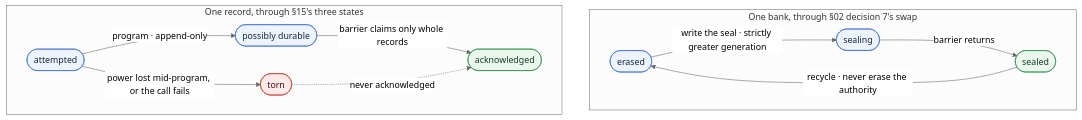
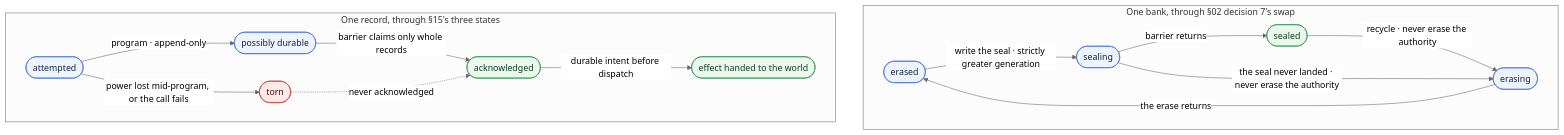
The ninth of 9 diagrams in docs/architecture.md (madmax983/waymaker), drawn with Mermaid (neutral theme) before and after one commit. The commit also changed other lines of this file and 19 other files, not shown here.

````diff
--- a/docs/architecture.md
+++ b/docs/architecture.md
@@ -435,33 +440,37 @@
 ```mermaid
 flowchart LR
   subgraph records ["One record, through §15's three states"]
     direction LR
     r0(["attempted"])
     r1(["possibly durable"])
     r2(["acknowledged"])
     rt(["torn"])
     r0 -- "program · append-only" --> r1
     r1 -- "barrier claims only whole records" --> r2
     r0 -- "power lost mid-program, or the call fails" --> rt
     rt -. "never acknowledged" .-> r2
+    r2 -- "durable intent before dispatch" --> eff(["effect handed to the world"])
   end
 
   subgraph banks ["One bank, through §02 decision 7's swap"]
     direction LR
     b0(["erased"])
     b1(["sealing"])
     b2(["sealed"])
+    be(["erasing"])
     b0 -- "write the seal · strictly greater generation" --> b1
     b1 -- "barrier returns" --> b2
-    b2 -- "recycle · never erase the authority" --> b0
+    b2 -- "recycle · never erase the authority" --> be
+    b1 -- "the seal never landed · never erase the authority" --> be
+    be -- "the erase returns" --> b0
   end
 
   records ~~~ banks
 
   classDef live fill:#eef4ff,stroke:#3b6fd4,color:#12233f;
   classDef done fill:#e9f7ec,stroke:#2f8f4e,color:#123f22;
   classDef bad fill:#ffe9e9,stroke:#c0392b,color:#3f1212;
-  class r0,r1,b0,b1 live;
-  class r2,b2 done;
+  class r0,r1,b0,b1,be live;
+  class r2,b2,eff done;
   class rt bad;
 ```
````
